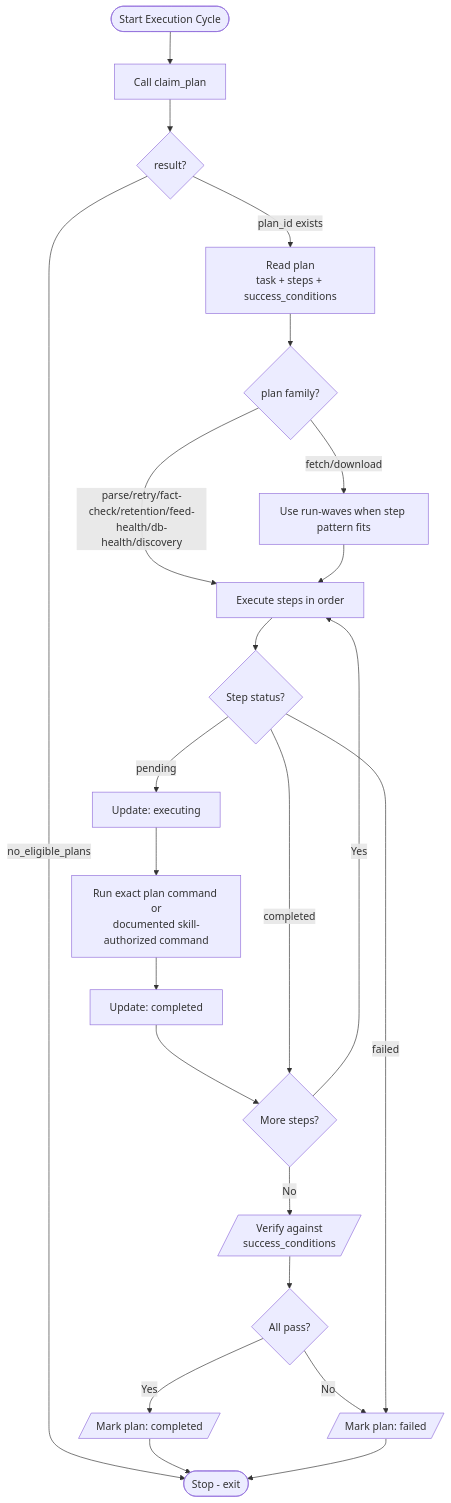
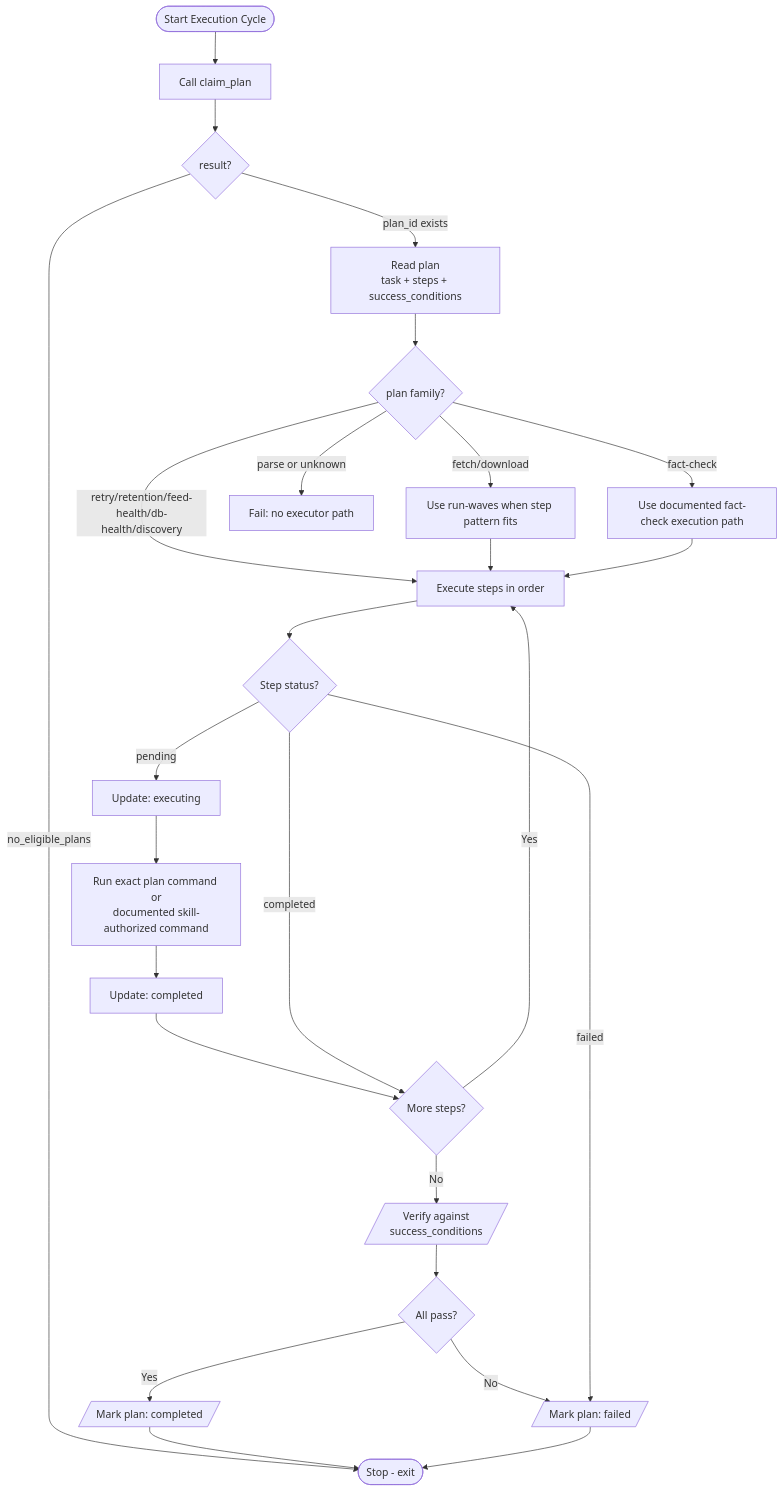
One commit to malvavisc0/news48 changed the diagram in agents/skills/executor/business-logic.md. Above: the diagram before and after it, drawn with Mermaid. The commit also changed other lines of this file and 11 other files, not shown here.

````diff
--- a/agents/skills/executor/business-logic.md
+++ b/agents/skills/executor/business-logic.md
@@ -3,25 +3,28 @@
 ```mermaid
 flowchart TD
     Start([Start Execution Cycle]) --> Claim[Call claim_plan]
     Claim --> Result{result?}
     Result -->|no_eligible_plans| Stop([Stop - exit])
     Result -->|plan_id exists| Read[Read plan<br/>task + steps + success_conditions]
     Read --> Family{plan family?}
     Family -->|fetch/download| WaveFlow[Use run-waves when step pattern fits]
-    Family -->|parse/retry/fact-check/retention/feed-health/db-health/discovery| Execute[Execute steps in order]
+    Family -->|retry/retention/feed-health/db-health/discovery| Execute[Execute steps in order]
+    Family -->|fact-check| FactCheck[Use documented fact-check execution path]
+    Family -->|parse or unknown| Invalid[Fail: no executor path]
     WaveFlow --> Execute
+    FactCheck --> Execute
     Execute --> Step{Step status?}
     Step -->|pending| UpdateExec[Update: executing]
     UpdateExec --> RunCmd[Run exact plan command or<br/>documented skill-authorized command]
     RunCmd --> UpdateComplete[Update: completed]
     UpdateComplete --> MoreSteps{More steps?}
     MoreSteps -->|Yes| Execute
     MoreSteps -->|No| Verify[/Verify against<br/>success_conditions/]
     Verify --> AllPass{All pass?}
     AllPass -->|Yes| Complete[/Mark plan: completed/]
     AllPass -->|No| Failed[/Mark plan: failed/]
     Complete --> Stop
     Failed --> Stop
     Step -->|completed| MoreSteps
     Step -->|failed| Failed
 ```
````
